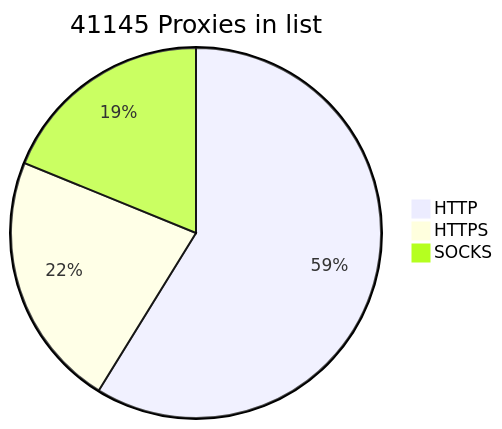
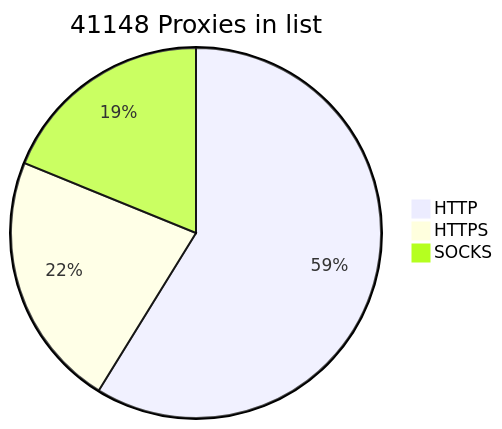
Before and after one commit to BlackSnowDot/proxylist-update-every-minute: the diagram in README.md, drawn with Mermaid.

````diff
--- a/README.md
+++ b/README.md
@@ -2,6 +2,6 @@
 ```mermaid
-pie title 41145 Proxies in list
+pie title 41148 Proxies in list
     "HTTP" : 28393
-    "HTTPS": 10797
-    "SOCKS" : 9094
+    "HTTPS": 10795
+    "SOCKS" : 9096
 ```
````
